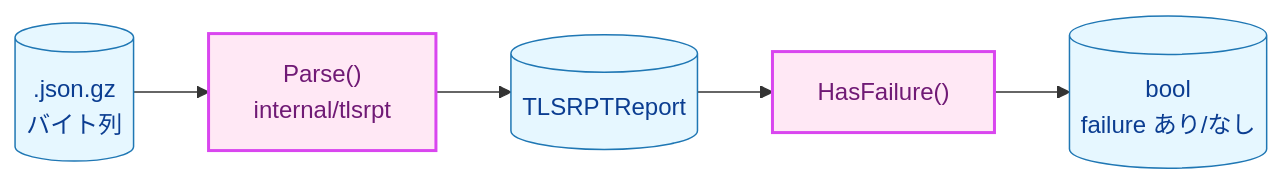
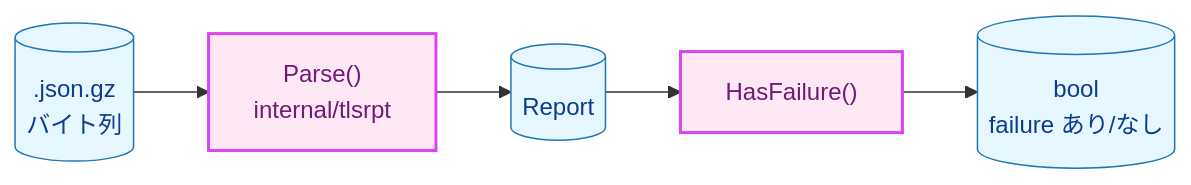
One commit to isseis/tlsrpt-digest changed the first of 7 diagrams in docs/tasks/0020_tlsrpt/02_architecture.md. Above: the diagram before and after it, drawn with Mermaid. The commit also changed other lines of this file and 3 other files, not shown here.

First line of the commit message:
docs: rename TLSRPTReport to Report to avoid package name stutter

````diff
--- a/docs/tasks/0020_tlsrpt/02_architecture.md
+++ b/docs/tasks/0020_tlsrpt/02_architecture.md
@@ -26,19 +26,19 @@
 ```mermaid
 flowchart LR
     classDef data fill:#e6f7ff,stroke:#1f77b4,stroke-width:1px,color:#0b3d91;
     classDef process fill:#fff1e6,stroke:#ff7f0e,stroke-width:1px,color:#8a3e00;
     classDef newpkg fill:#ffe8f5,stroke:#d946ef,stroke-width:2px,color:#701a75;
 
     GZ[(".json.gz<br>バイト列")]
     PARSE["Parse()<br>internal/tlsrpt"]
-    RPT[("TLSRPTReport")]
+    RPT[("Report")]
     HF["HasFailure()"]
     RESULT[("bool<br>failure あり/なし")]
 
     GZ --> PARSE --> RPT --> HF --> RESULT
 
     class GZ data
     class RPT data
     class PARSE,HF newpkg
     class RESULT data
 ```
````
